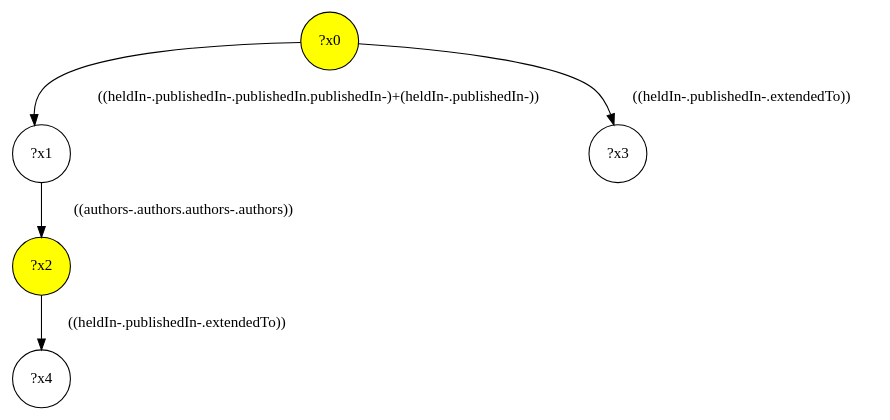
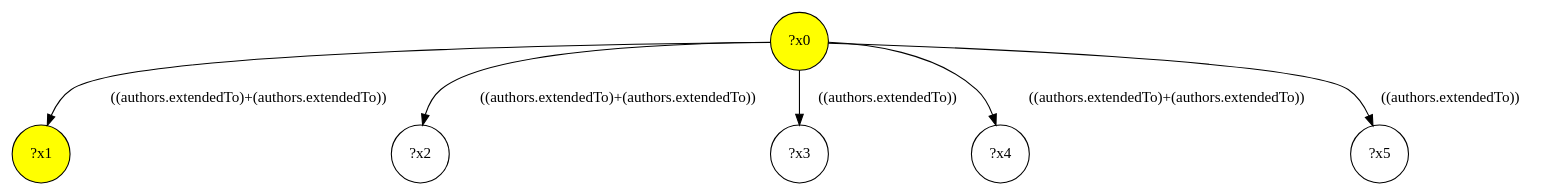
Before and after one commit to gbagan/gmark: the diagram in src/queryinterface/interface-queries/query-47.dot, drawn with Graphviz. The commit also changed 150 other files, not shown here.

```diff
--- a/src/queryinterface/interface-queries/query-47.dot
+++ b/src/queryinterface/interface-queries/query-47.dot
@@ -1,11 +1,13 @@
 digraph g {
 	x0 [fillcolor="yellow", style="filled," shape=circle, label="?x0"];
-	x2 [fillcolor="yellow", style="filled," shape=circle, label="?x2"];
-	x1 [shape=circle, label="?x1"];
-	x0 -> x1 [label="((heldIn-.publishedIn-.publishedIn.publishedIn-)+(heldIn-.publishedIn-))"];
-	x1 -> x2 [label="((authors-.authors.authors-.authors))"];
+	x1 [fillcolor="yellow", style="filled," shape=circle, label="?x1"];
+	x0 -> x1 [label="((authors.extendedTo)+(authors.extendedTo))"];
+	x2 [shape=circle, label="?x2"];
+	x0 -> x2 [label="((authors.extendedTo)+(authors.extendedTo))"];
 	x3 [shape=circle, label="?x3"];
-	x0 -> x3 [label="((heldIn-.publishedIn-.extendedTo))"];
+	x0 -> x3 [label="((authors.extendedTo))"];
 	x4 [shape=circle, label="?x4"];
-	x2 -> x4 [label="((heldIn-.publishedIn-.extendedTo))"];
+	x0 -> x4 [label="((authors.extendedTo)+(authors.extendedTo))"];
+	x5 [shape=circle, label="?x5"];
+	x0 -> x5 [label="((authors.extendedTo))"];
 }
```
